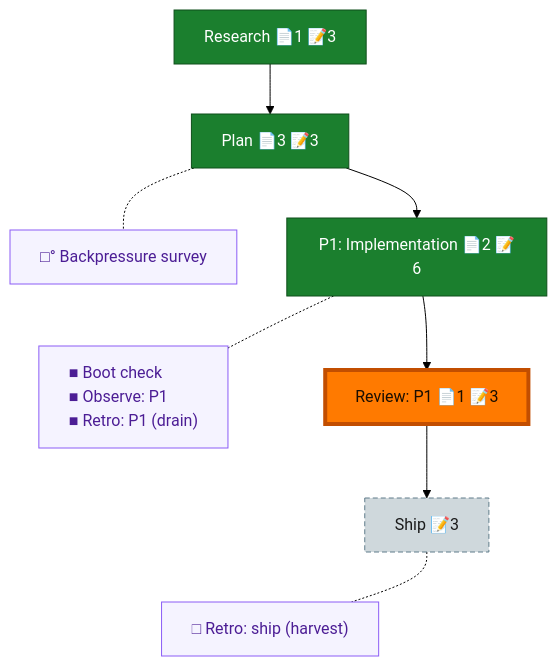
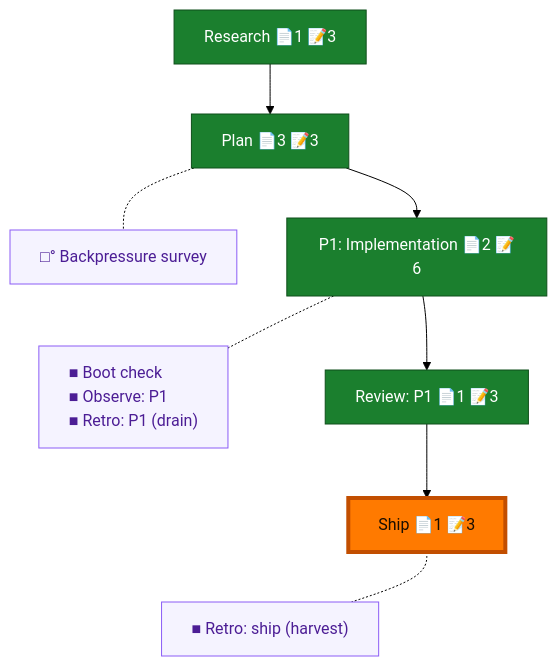
The diagram in docs/plans/040-memorable-pij-session-ids/the-flow.md (vaughanknight/pij), drawn with Mermaid (forest theme) before and after one commit. The commit also changed other lines of this file and 12 other files, not shown here.

````diff
--- a/docs/plans/040-memorable-pij-session-ids/the-flow.md
+++ b/docs/plans/040-memorable-pij-session-ids/the-flow.md
@@ -8,28 +8,27 @@
 ```mermaid
 flowchart TD
     research["Research 📄1 📝3"]:::done
     plan["Plan 📄3 📝3"]:::done
     phase_1["P1: Implementation 📄2 📝6"]:::done
     review_1["Review: P1 📄1 📝3"]:::done
-    ship["Ship 📝3"]:::assumed
+    ship["Ship 📄1 📝3"]:::done
 
     research --> plan --> phase_1 --> review_1 --> ship
 
     planC["□° Backpressure survey"]:::chore
     phase_1C["■ Boot check<br/>■ Observe: P1<br/>■ Retro: P1 (drain)"]:::chore
-    shipC["□ Retro: ship (harvest)"]:::chore
+    shipC["■ Retro: ship (harvest)"]:::chore
 
     %% invisible chain holds the gutter boxes in their own column
     planC ~~~ phase_1C ~~~ shipC
 
     %% dotted links pull each gutter box beside its node
     plan -.- planC
     phase_1 -.- phase_1C
     ship -.- shipC
 
     classDef done fill:#1B7F2E,stroke:#0F4F1B,color:#fff;
-    classDef assumed fill:#CFD8DC,stroke:#607D8B,color:#1a1a1a,stroke-dasharray:5 3;
     classDef chore fill:#f5f3ff,stroke:#8b5cf6,color:#4c1d95,text-align:left;
     classDef current fill:#FF7A00,stroke:#C24E00,color:#1a0e00,stroke-width:4px;
-    class review_1 current;
+    class ship current;
 ```
````
